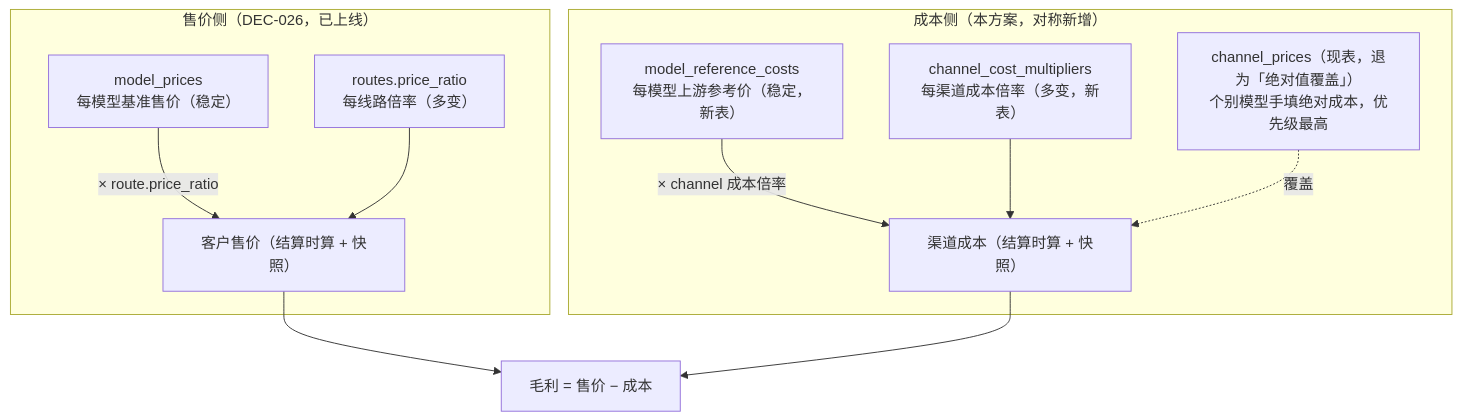
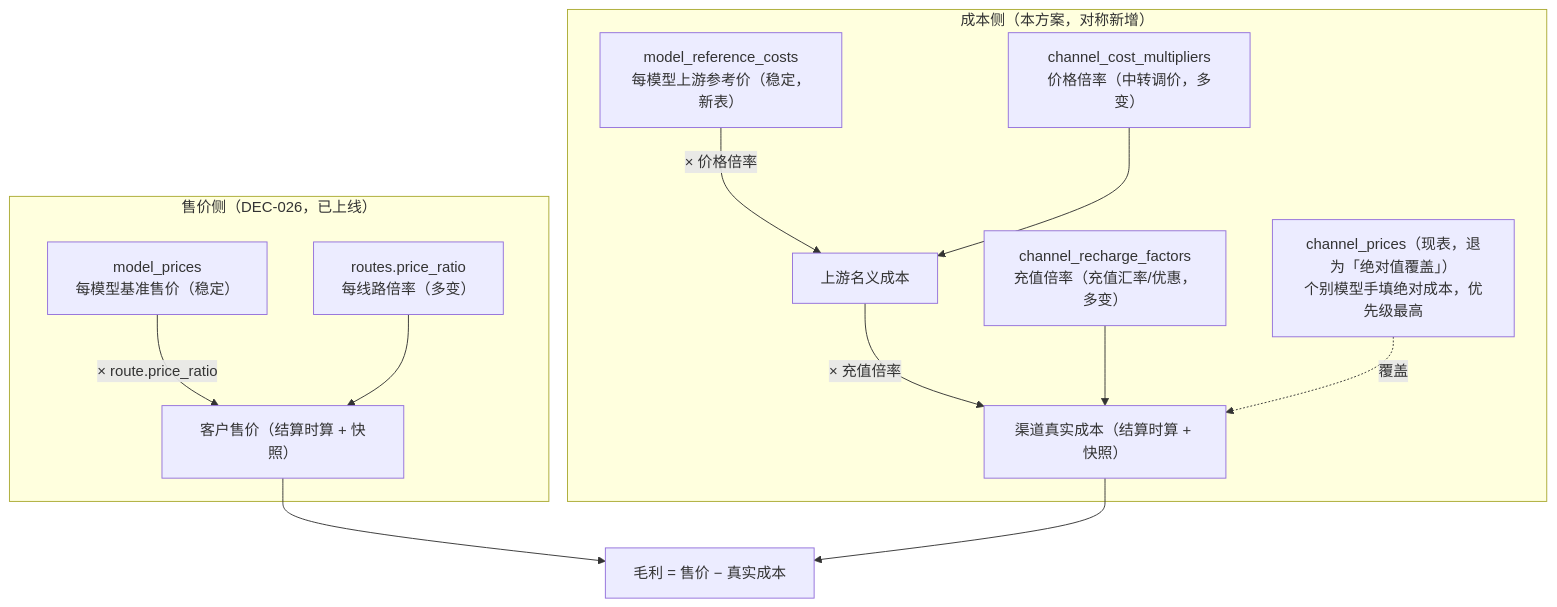
One commit to ThankCat/unio-api changed the first of 2 diagrams in docs/production/DESIGN-channel-cost-multiplier.md. Above: the diagram before and after it, drawn with Mermaid. The commit also changed other lines of this file and 46 other files, not shown here.

````diff
--- a/docs/production/DESIGN-channel-cost-multiplier.md
+++ b/docs/production/DESIGN-channel-cost-multiplier.md
@@ -15,14 +34,16 @@
 ```mermaid
 graph TD
     subgraph 售价侧["售价侧（DEC-026，已上线）"]
       MP["model_prices<br/>每模型基准售价（稳定）"] -->|× route.price_ratio| Sale["客户售价（结算时算 + 快照）"]
       RR["routes.price_ratio<br/>每线路倍率（多变）"] --> Sale
     end
     subgraph 成本侧["成本侧（本方案，对称新增）"]
-      MRC["model_reference_costs<br/>每模型上游参考价（稳定，新表）"] -->|× channel 成本倍率| Cost["渠道成本（结算时算 + 快照）"]
-      CCM["channel_cost_multipliers<br/>每渠道成本倍率（多变，新表）"] --> Cost
+      MRC["model_reference_costs<br/>每模型上游参考价（稳定，新表）"] -->|× 价格倍率| Nominal["上游名义成本"]
+      CCM["channel_cost_multipliers<br/>价格倍率（中转调价，多变）"] --> Nominal
+      Nominal -->|× 充值倍率| Cost["渠道真实成本（结算时算 + 快照）"]
+      RCF["channel_recharge_factors<br/>充值倍率（充值汇率/优惠，多变）"] --> Cost
       OV["channel_prices（现表，退为「绝对值覆盖」）<br/>个别模型手填绝对成本，优先级最高"] -.覆盖.-> Cost
     end
-    Sale --> Margin["毛利 = 售价 − 成本"]
+    Sale --> Margin["毛利 = 售价 − 真实成本"]
     Cost --> Margin
 ```
````
